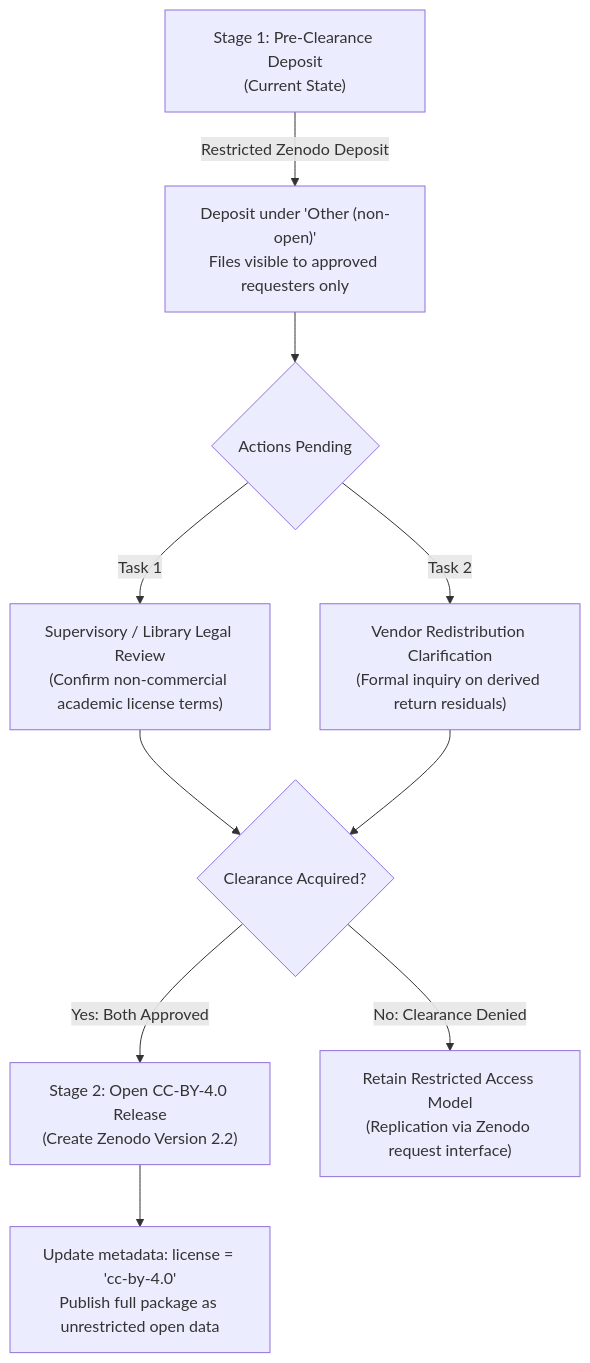
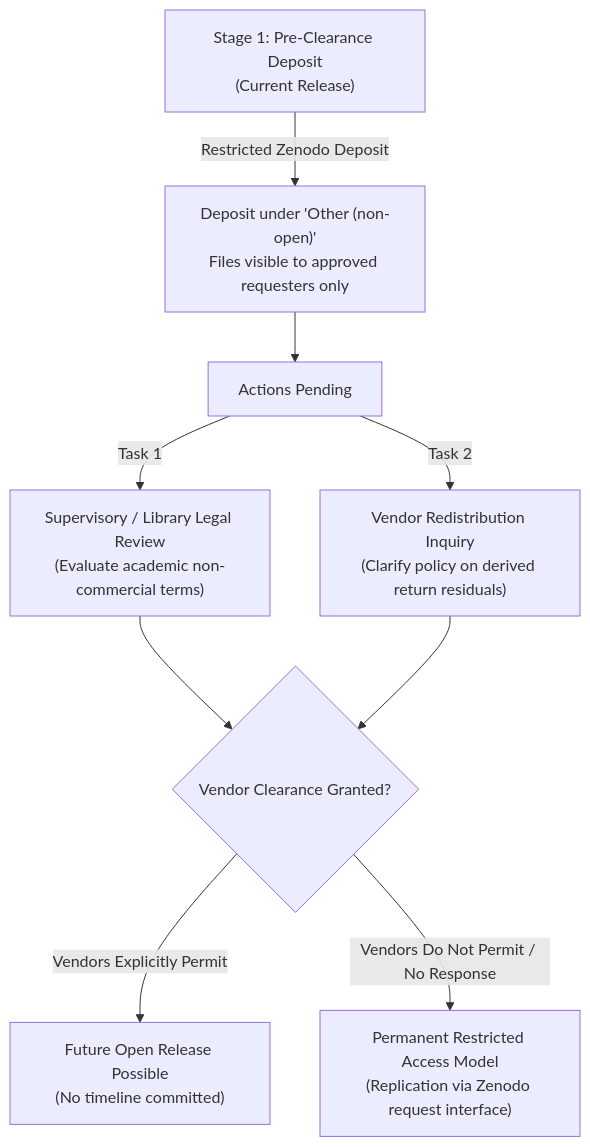
Before and after one commit to GauravJaypatre/MoTrans: the diagram in docs/OPEN_RELEASE_PLAN.md, drawn with Mermaid. The commit also changed other lines of this file and 18 other files, not shown here.

Commit message:
DECISION-037: Complete Corrective Hardening across Tasks 1-4 (Pre-reg diff, Multiplicity, Integrity, Package r4)

````diff
--- a/docs/OPEN_RELEASE_PLAN.md
+++ b/docs/OPEN_RELEASE_PLAN.md
@@ -45,12 +50,11 @@
 ```mermaid
 flowchart TD
-    A["Stage 1: Pre-Clearance Deposit<br>(Current State)"] -->|Restricted Zenodo Deposit| B["Deposit under 'Other (non-open)'<br>Files visible to approved requesters only"]
-    B --> C{"Actions Pending"}
-    C -->|Task 1| D["Supervisory / Library Legal Review<br>(Confirm non-commercial academic license terms)"]
-    C -->|Task 2| E["Vendor Redistribution Clarification<br>(Formal inquiry on derived return residuals)"]
-    D --> F{"Clearance Acquired?"}
+    A["Stage 1: Pre-Clearance Deposit<br>(Current Release)"] -->|Restricted Zenodo Deposit| B["Deposit under 'Other (non-open)'<br>Files visible to approved requesters only"]
+    B --> C["Actions Pending"]
+    C -->|Task 1| D["Supervisory / Library Legal Review<br>(Evaluate academic non-commercial terms)"]
+    C -->|Task 2| E["Vendor Redistribution Inquiry<br>(Clarify policy on derived return residuals)"]
+    D --> F{"Vendor Clearance Granted?"}
     E --> F
-    F -->|Yes: Both Approved| G["Stage 2: Open CC-BY-4.0 Release<br>(Create Zenodo Version 2.2)"]
-    F -->|No: Clearance Denied| H["Retain Restricted Access Model<br>(Replication via Zenodo request interface)"]
-    G --> I["Update metadata: license = 'cc-by-4.0'<br>Publish full package as unrestricted open data"]
+    F -->|Vendors Explicitly Permit| G["Future Open Release Possible<br>(No timeline committed)"]
+    F -->|Vendors Do Not Permit / No Response| H["Permanent Restricted Access Model<br>(Replication via Zenodo request interface)"]
 ```
````
